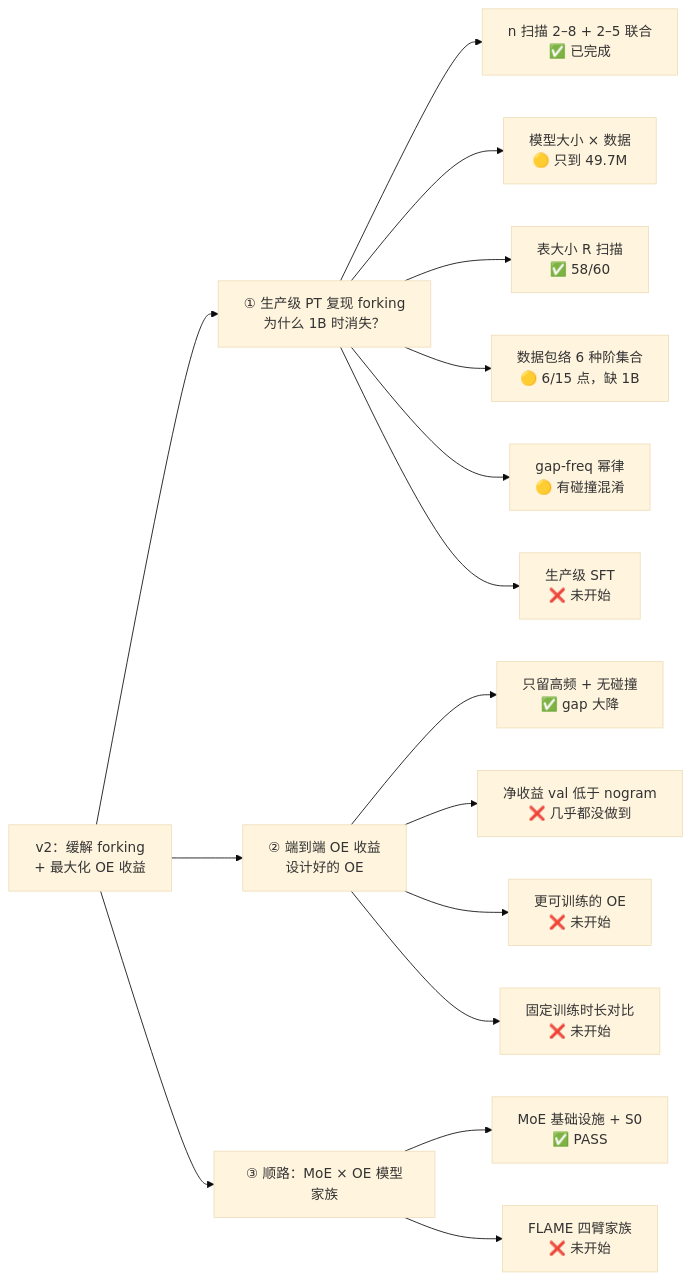
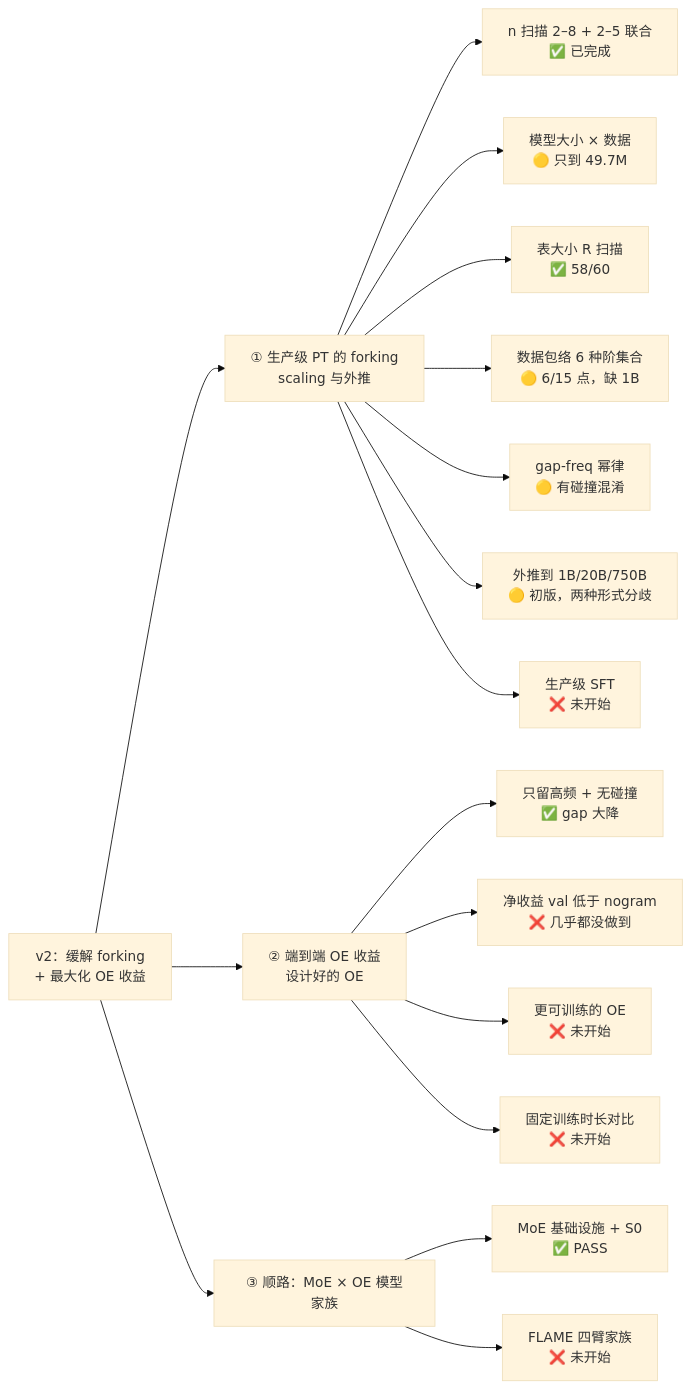
The diagram in docs/handoff/takeover-overview-20261017.md (guoshaoyang-pku/forking), drawn with Mermaid (base theme) before and after one commit. The commit also changed other lines of this file and 13 other files, not shown here.

Commit message:
v2 line 1: forking scaling fit (N,D,n,E,R) + extrapolation to 1B/20B/FLAME-L/100B/750B-A10B; overview reframed; flag v24 n25 legacy bigram table

````diff
--- a/docs/handoff/takeover-overview-20261017.md
+++ b/docs/handoff/takeover-overview-20261017.md
@@ -12,19 +12,20 @@
 ```mermaid
 flowchart LR
   G["v2：缓解 forking<br/>+ 最大化 OE 收益"]
-  G --> T1["① 生产级 PT 复现 forking<br/>为什么 1B 时消失？"]
+  G --> T1["① 生产级 PT 的 forking<br/>scaling 与外推"]
   G --> T2["② 端到端 OE 收益<br/>设计好的 OE"]
   G --> T3["③ 顺路：MoE × OE 模型家族"]
   T1 --> a1["n 扫描 2–8 + 2–5 联合<br/>✅ 已完成"]
   T1 --> a2["模型大小 × 数据<br/>🟡 只到 49.7M"]
   T1 --> a3["表大小 R 扫描<br/>✅ 58/60"]
   T1 --> a4["数据包络 6 种阶集合<br/>🟡 6/15 点，缺 1B"]
   T1 --> a5["gap-freq 幂律<br/>🟡 有碰撞混淆"]
+  T1 --> a7["外推到 1B/20B/750B<br/>🟡 初版，两种形式分歧"]
   T1 --> a6["生产级 SFT<br/>❌ 未开始"]
   T2 --> b1["只留高频 + 无碰撞<br/>✅ gap 大降"]
   T2 --> b2["净收益 val 低于 nogram<br/>❌ 几乎都没做到"]
   T2 --> b3["更可训练的 OE<br/>❌ 未开始"]
   T2 --> b4["固定训练时长对比<br/>❌ 未开始"]
   T3 --> c1["MoE 基础设施 + S0<br/>✅ PASS"]
   T3 --> c2["FLAME 四臂家族<br/>❌ 未开始"]
 ```
````
